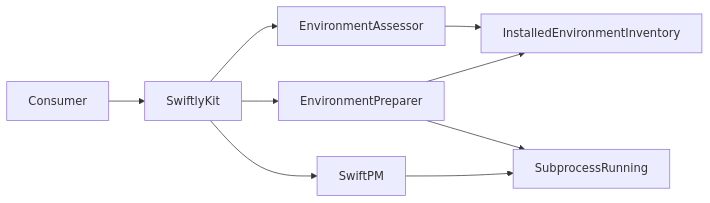
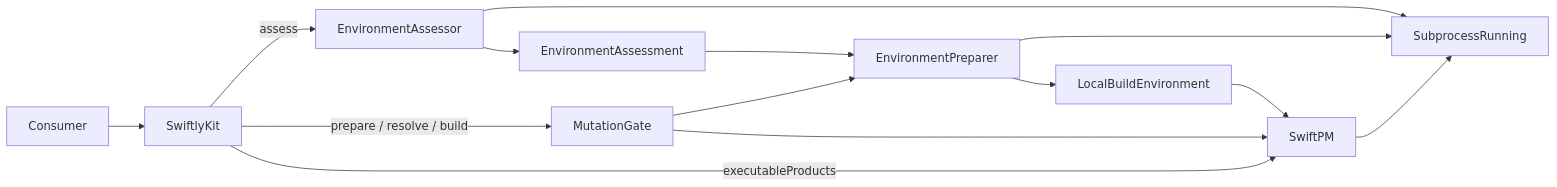
Before and after one commit to mottzi/SwiftlyKit: the diagram in Documentation/Architecture.md, drawn with Mermaid. The commit also changed other lines of this file and 11 other files, not shown here.

Commit message:
Refine architecture documentation and error classification

````diff
--- a/Documentation/Architecture.md
+++ b/Documentation/Architecture.md
@@ -5,11 +7,16 @@
 ```mermaid
 flowchart LR
-    Consumer --> SwiftlyKit
-    SwiftlyKit --> Assessor[EnvironmentAssessor]
-    SwiftlyKit --> Preparer[EnvironmentPreparer]
-    SwiftlyKit --> SwiftPM
-    Preparer --> Process[SubprocessRunning]
+    Consumer --> Facade[SwiftlyKit]
+    Facade -->|assess| Assessor[EnvironmentAssessor]
+    Assessor --> Assessment[EnvironmentAssessment]
+    Assessment --> Preparer[EnvironmentPreparer]
+    Preparer --> Environment[LocalBuildEnvironment]
+    Environment --> SwiftPM
+    Facade -->|prepare / resolve / build| Gate[MutationGate]
+    Gate --> Preparer
+    Gate --> SwiftPM
+    Facade -->|executableProducts| SwiftPM
+    Assessor --> Process[SubprocessRunning]
+    Preparer --> Process
     SwiftPM --> Process
-    Assessor --> Inventory[InstalledEnvironmentInventory]
-    Preparer --> Inventory
 ```
````
